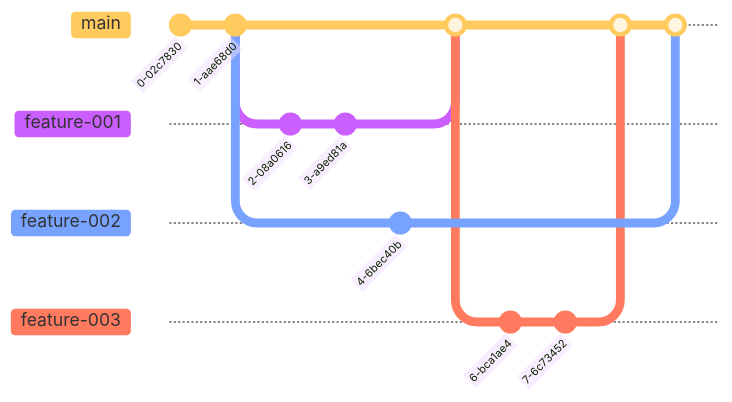
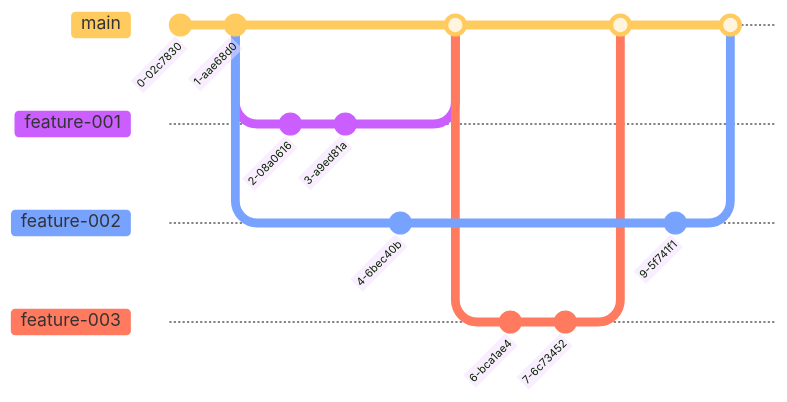
Before and after one commit to IBM/dbb-zappbuild: the sixth of 9 diagrams in docs/the-git-based-process-you-need-for-mainframe-development-DRAFT/introduction.md, drawn with Mermaid. The commit also changed other lines of this file, not shown here. Commit ids are hidden.

Commit message:
fix feature-002 merge colour with workaround

````diff
--- a/docs/the-git-based-process-you-need-for-mainframe-development-DRAFT/introduction.md
+++ b/docs/the-git-based-process-you-need-for-mainframe-development-DRAFT/introduction.md
@@ -166,21 +169,24 @@
 ```mermaid
 %%{init: { 'fontFamily': 'IBM Plex Sans',
            'logLevel': 'debug', 'theme': 'base', 'gitGraph': {'showBranches': true, 'showCommitLabel':true,'mainBranchOrder': 4}} }%%
       gitGraph
       commit
       commit
       branch feature-001 order: 5
       commit
       commit
       checkout main
       branch feature-002 order: 6
       commit
       checkout main
       merge feature-001
       branch feature-003 order: 6
       commit
       commit
       checkout main
       merge feature-003
+      checkout feature-002
+      commit
+      checkout main
       merge feature-002
 ```
````
